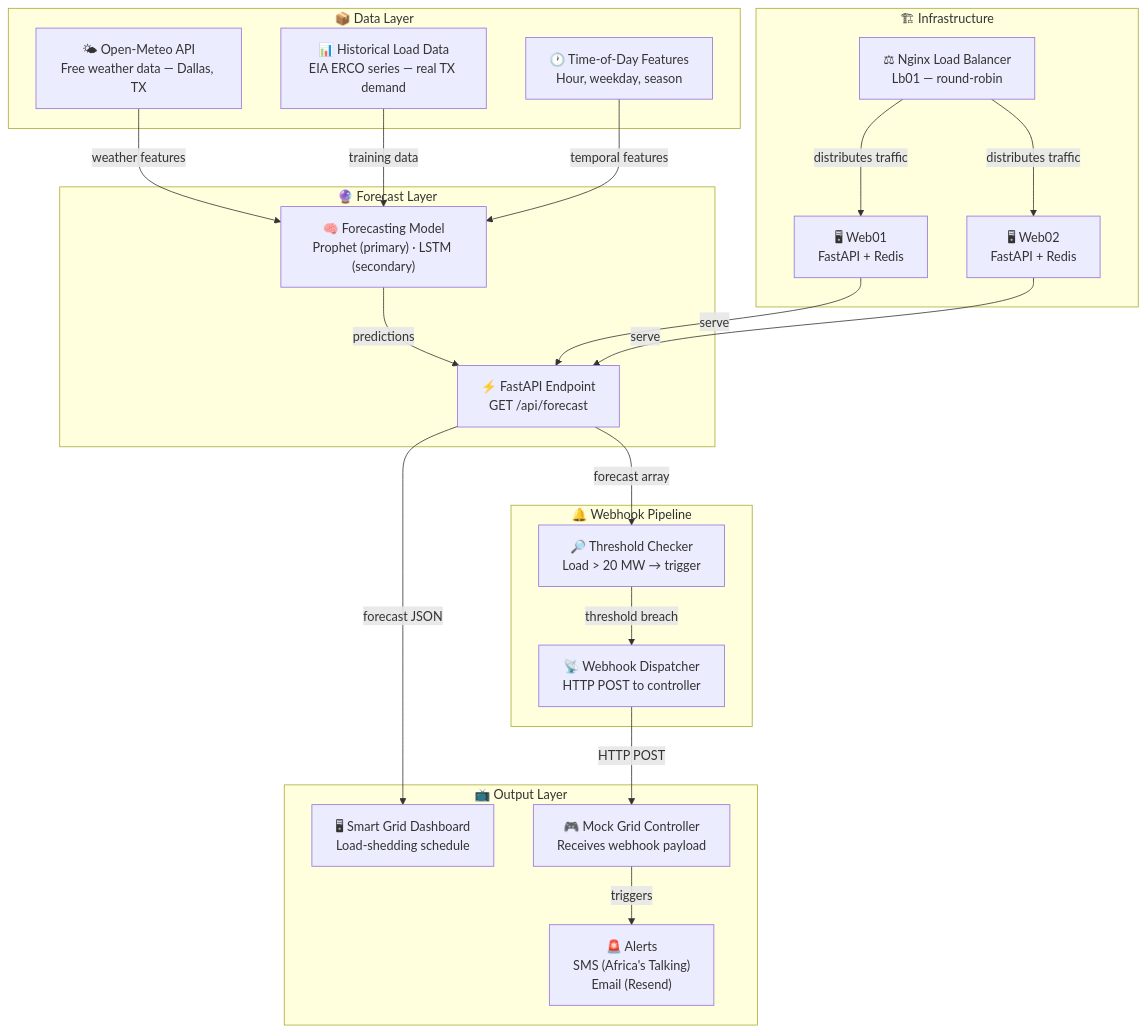
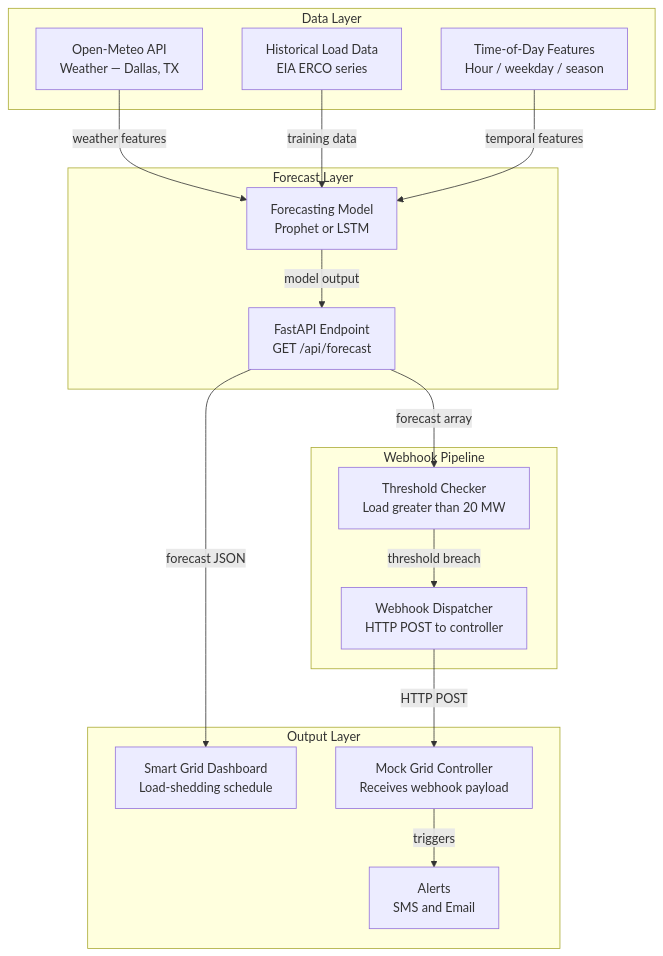
One commit to mgpacifique/smart-energy-optimizer changed the first of 2 diagrams in README.md. Above: the diagram before and after it, drawn with Mermaid. The commit also changed other lines of this file, not shown here.

Commit message:
docs: update architecture diagrams and refine system flow documentation in README.md

````diff
--- a/README.md
+++ b/README.md
@@ -30,49 +32,34 @@
 ```mermaid
 flowchart TD
-    %% ── DATA LAYER ──────────────────────────────────────────────────
-    subgraph DATA["📦 Data Layer"]
-        A["🌤 Open-Meteo API\nFree weather data — Dallas, TX"]
-        B["📊 Historical Load Data\nEIA ERCO series — real TX demand"]
-        C["🕐 Time-of-Day Features\nHour, weekday, season"]
+    subgraph DATA [Data Layer]
+        A[Open-Meteo API\nWeather — Dallas, TX]
+        B[Historical Load Data\nEIA ERCO series]
+        C[Time-of-Day Features\nHour / weekday / season]
     end
 
-    %% ── FORECAST LAYER ──────────────────────────────────────────────
-    subgraph FORECAST["🔮 Forecast Layer"]
-        D["🧠 Forecasting Model\nProphet (primary) · LSTM (secondary)"]
-        E["⚡ FastAPI Endpoint\nGET /api/forecast"]
+    subgraph FORECAST [Forecast Layer]
+        D[Forecasting Model\nProphet or LSTM]
+        E[FastAPI Endpoint\nGET /api/forecast]
     end
 
-    %% ── WEBHOOK LAYER ───────────────────────────────────────────────
-    subgraph WEBHOOK["🔔 Webhook Pipeline"]
-        F["🔎 Threshold Checker\nLoad > 20 MW → trigger"]
-        G["📡 Webhook Dispatcher\nHTTP POST to controller"]
+    subgraph WEBHOOK [Webhook Pipeline]
+        F[Threshold Checker\nLoad greater than 20 MW]
+        G[Webhook Dispatcher\nHTTP POST to controller]
     end
 
-    %% ── OUTPUT LAYER ────────────────────────────────────────────────
-    subgraph OUTPUT["📺 Output Layer"]
-        H["🖥 Smart Grid Dashboard\nLoad-shedding schedule"]
-        I["🎮 Mock Grid Controller\nReceives webhook payload"]
-        J["🚨 Alerts\nSMS (Africa's Talking)\nEmail (Resend)"]
+    subgraph OUTPUT [Output Layer]
+        H[Smart Grid Dashboard\nLoad-shedding schedule]
+        I[Mock Grid Controller\nReceives webhook payload]
+        J[Alerts\nSMS and Email]
     end
 
-    %% ── INFRASTRUCTURE ──────────────────────────────────────────────
-    subgraph INFRA["🏗 Infrastructure"]
-        K["⚖ Nginx Load Balancer\nLb01 — round-robin"]
-        L["🖥 Web01\nFastAPI + Redis"]
-        M["🖥 Web02\nFastAPI + Redis"]
-    end
-
-    %% ── EDGES ───────────────────────────────────────────────────────
     A -->|weather features| D
     B -->|training data| D
     C -->|temporal features| D
-    D -->|predictions| E
+    D -->|model output| E
     E -->|forecast array| F
     E -->|forecast JSON| H
     F -->|threshold breach| G
     G -->|HTTP POST| I
     I -->|triggers| J
-    K -->|distributes traffic| L
-    K -->|distributes traffic| M
-    L & M -->|serve| E
 ```
````
